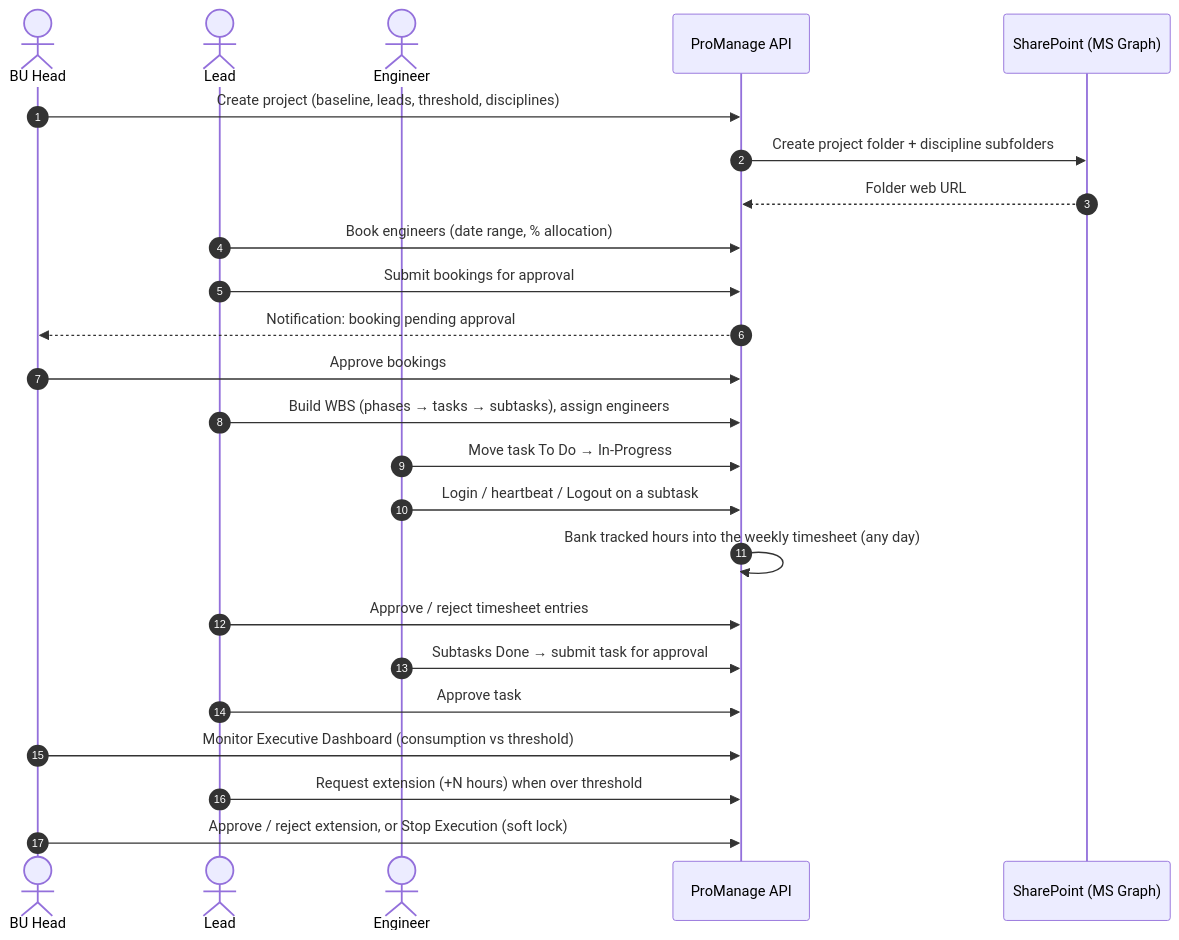
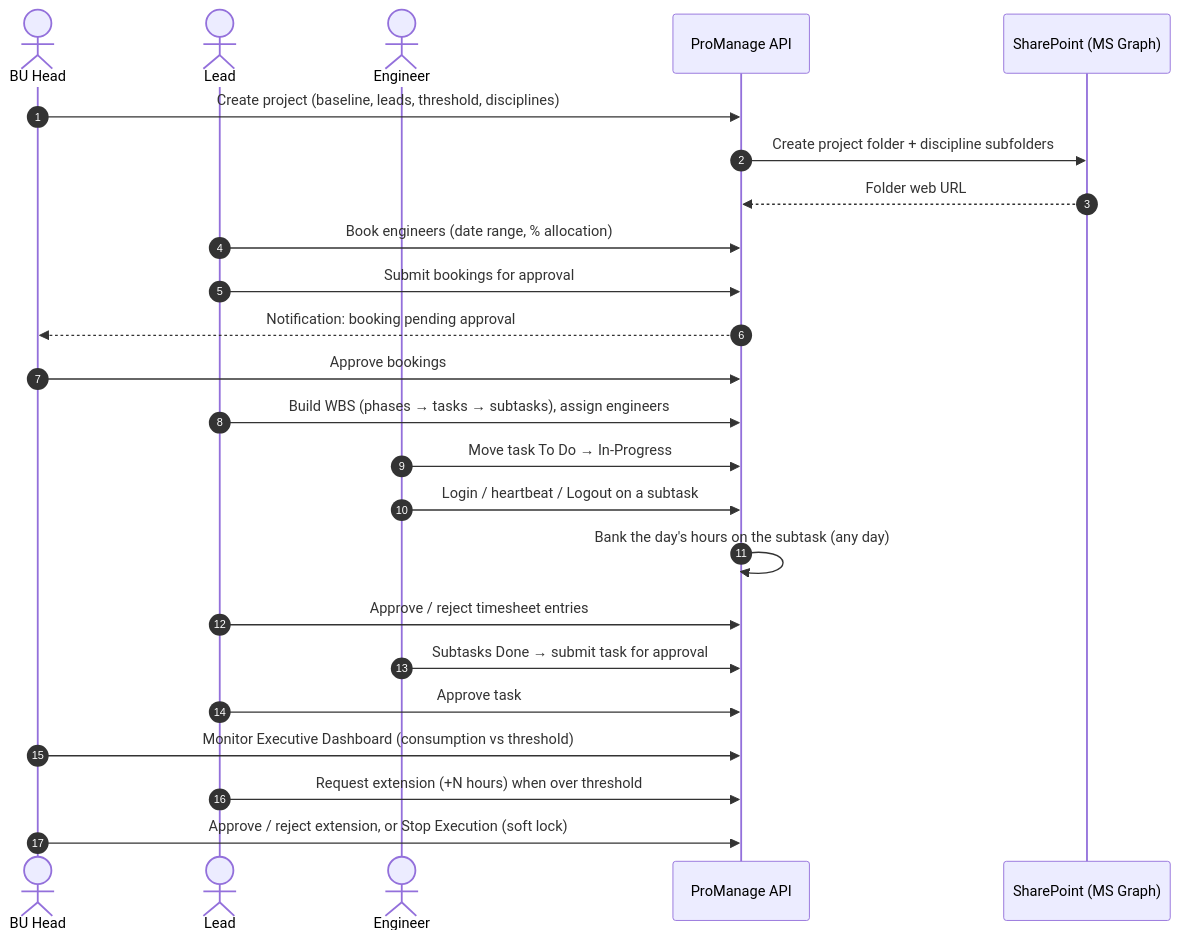
The first of 4 diagrams in docs/PROJECT_GUIDE.md (Mirageaecindia/MAEC_Proj-management_ONE_CORE_office-acc), drawn with Mermaid before and after one commit. The commit also changed other lines of this file and 35 other files, not shown here.

````diff
--- a/docs/PROJECT_GUIDE.md
+++ b/docs/PROJECT_GUIDE.md
@@ -61,27 +61,27 @@
 ```mermaid
 sequenceDiagram
     autonumber
     actor BU as BU Head
     actor L as Lead
     actor E as Engineer
     participant API as ProManage API
     participant SP as SharePoint (MS Graph)
 
     BU->>API: Create project (baseline, leads, threshold, disciplines)
     API->>SP: Create project folder + discipline subfolders
     SP-->>API: Folder web URL
     L->>API: Book engineers (date range, % allocation)
     L->>API: Submit bookings for approval
     API-->>BU: Notification: booking pending approval
     BU->>API: Approve bookings
     L->>API: Build WBS (phases → tasks → subtasks), assign engineers
     E->>API: Move task To Do → In-Progress
     E->>API: Login / heartbeat / Logout on a subtask
-    API->>API: Bank tracked hours into the weekly timesheet (any day)
+    API->>API: Bank the day's hours on the subtask (any day)
     L->>API: Approve / reject timesheet entries
     E->>API: Subtasks Done → submit task for approval
     L->>API: Approve task
     BU->>API: Monitor Executive Dashboard (consumption vs threshold)
     L->>API: Request extension (+N hours) when over threshold
     BU->>API: Approve / reject extension, or Stop Execution (soft lock)
 ```
````
